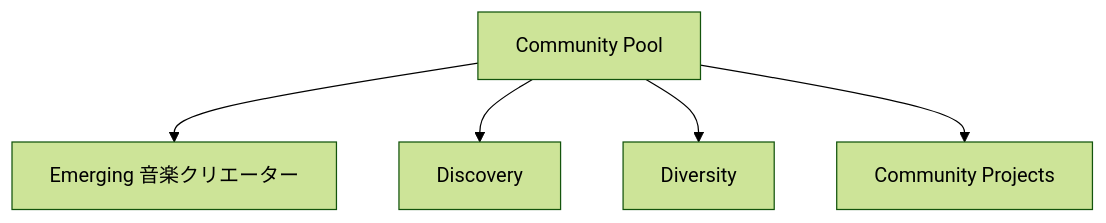
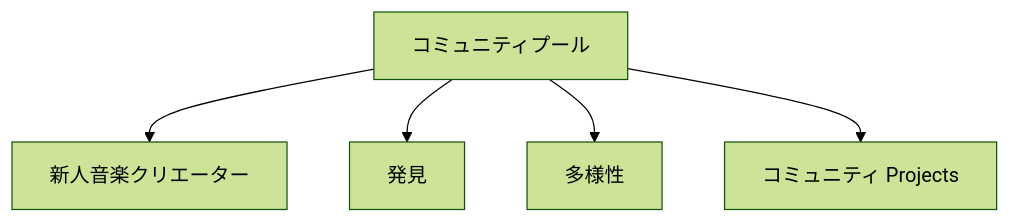
One commit to ShigeichiroYamasaki/creator-first-platform changed the second of 5 diagrams in docs/adr/ADR-0004-creator-distribution-model.md. Above: the diagram before and after it, drawn with Mermaid (forest theme). The commit also changed other lines of this file and 72 other files, not shown here.

````diff
--- a/docs/adr/ADR-0004-creator-distribution-model.md
+++ b/docs/adr/ADR-0004-creator-distribution-model.md
@@ -227,13 +227,13 @@
 ```mermaid
 flowchart TD
-    CP[Community Pool]
-    NEW[Emerging 音楽クリエーター]
-    DISC[Discovery]
-    DIVERSE[Diversity]
-    COMMUNITY[Community Projects]
+    CP[コミュニティプール]
+    NEW[新人音楽クリエーター]
+    DISC[発見]
+    DIVERSE[多様性]
+    COMMUNITY[コミュニティ Projects]
 
     CP --> NEW
     CP --> DISC
     CP --> DIVERSE
     CP --> COMMUNITY
 ```
````
